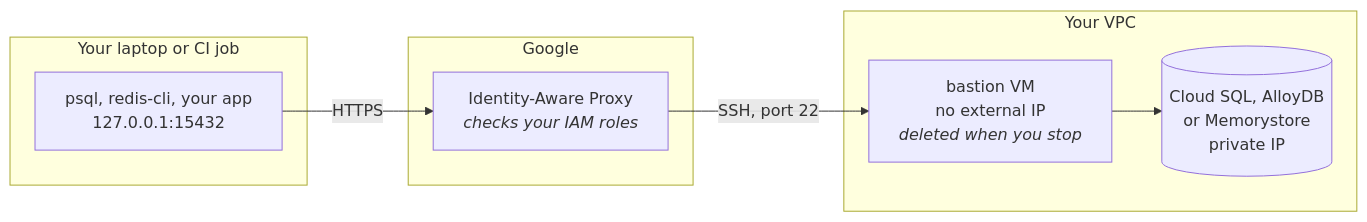
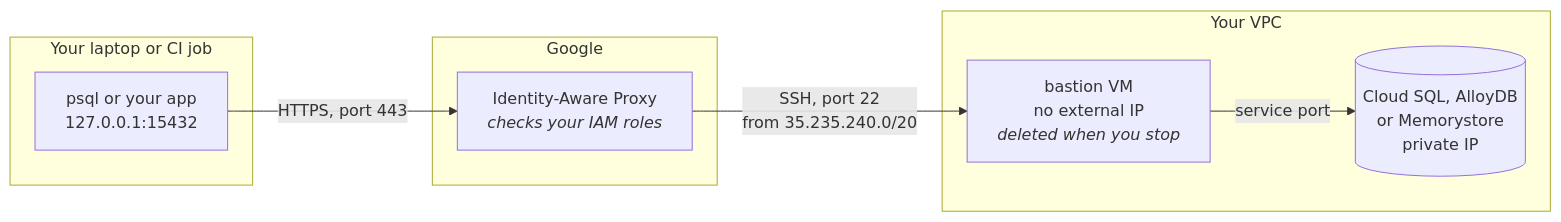
One commit to pilef-co/bqto changed the diagram in README.md. Above: the diagram before and after it, drawn with Mermaid. The commit also changed other lines of this file and 1 other file, not shown here.

Commit message:
docs: the diagram names the ports and the IAP range, and the steps include the firewall check

````diff
--- a/README.md
+++ b/README.md
@@ -33,16 +36,16 @@
 ```mermaid
 flowchart LR
     subgraph laptop["Your laptop or CI job"]
-        client["psql, redis-cli, your app<br/>127.0.0.1:15432"]
+        client["psql or your app<br/>127.0.0.1:15432"]
     end
     subgraph google["Google"]
         iap["Identity-Aware Proxy<br/><i>checks your IAM roles</i>"]
     end
     subgraph vpc["Your VPC"]
         bastion["bastion VM<br/>no external IP<br/><i>deleted when you stop</i>"]
         service[("Cloud SQL, AlloyDB<br/>or Memorystore<br/>private IP")]
     end
-    client -->|"HTTPS"| iap
-    iap -->|"SSH, port 22"| bastion
-    bastion --> service
+    client -->|"HTTPS, port 443"| iap
+    iap -->|"SSH, port 22<br/>from 35.235.240.0/20"| bastion
+    bastion -->|"service port"| service
 ```
````
